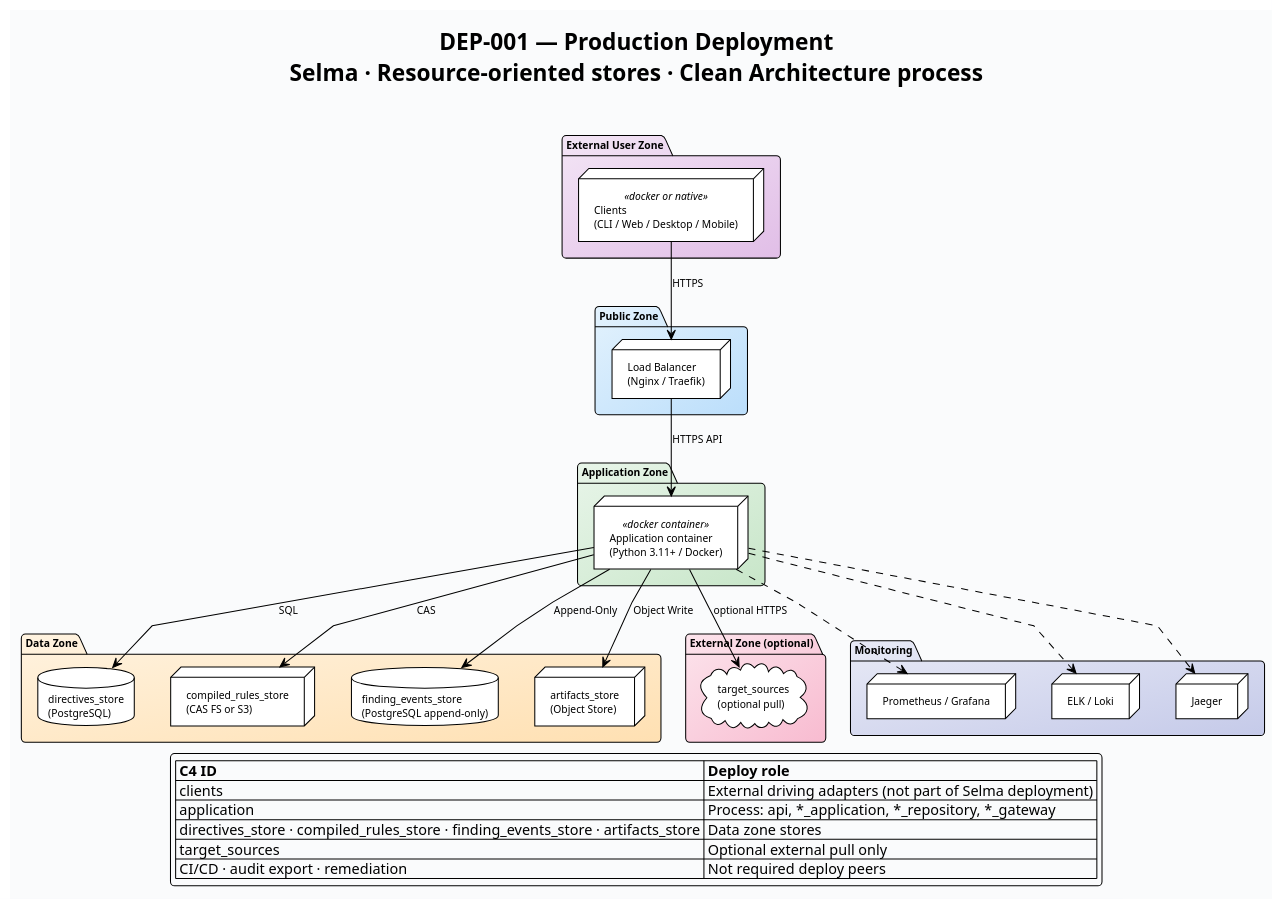
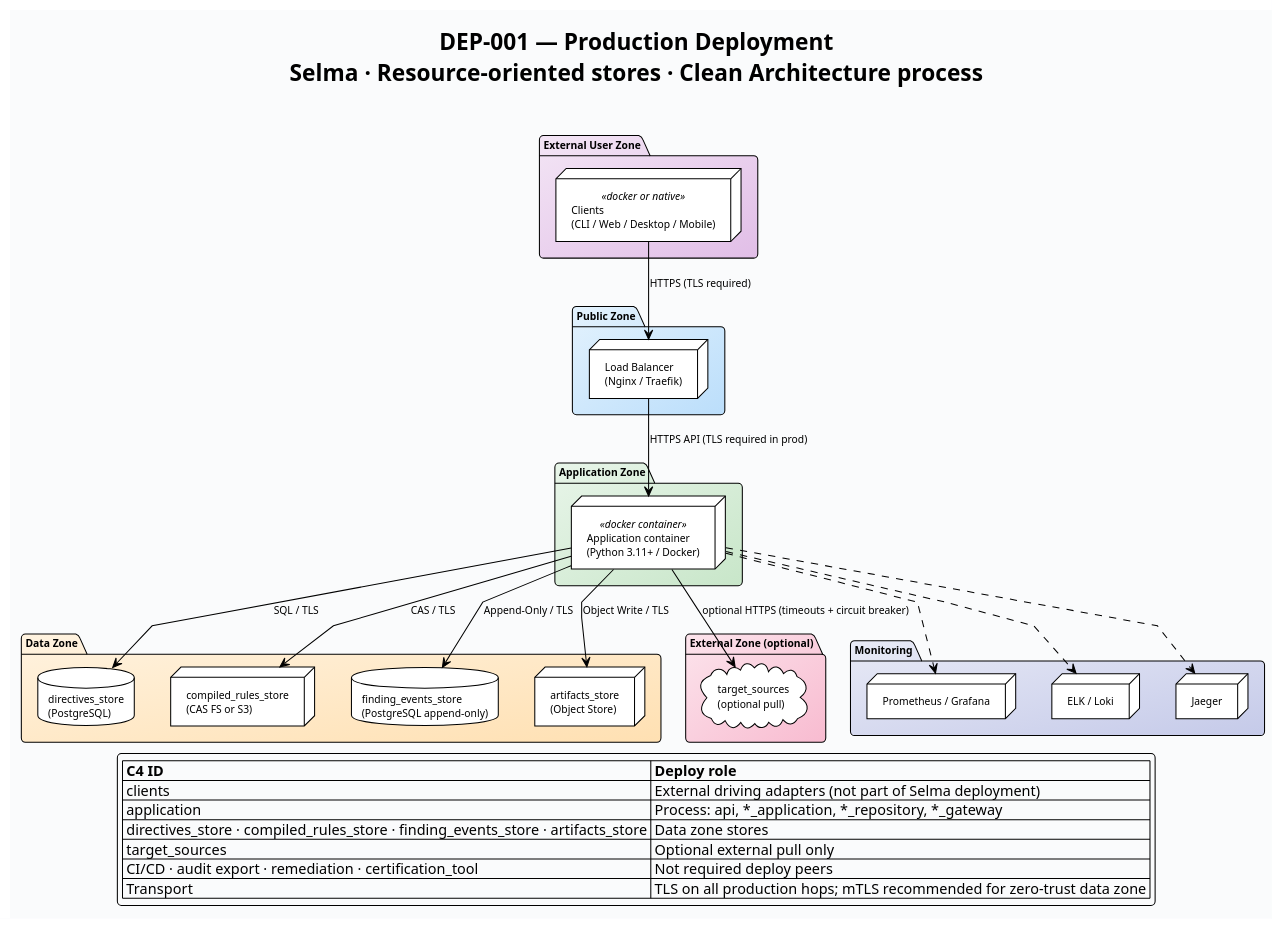
Before and after one commit to salimnamvar/selma: the diagram in docs/deployment/dep_001_production.puml, drawn with PlantUML. The commit also changed 14 other files, not shown here.

First line of the commit message:
docs: resolve architecture audit gaps in C4, package, and deployment

```diff
--- a/docs/deployment/dep_001_production.puml
+++ b/docs/deployment/dep_001_production.puml
@@ -6,63 +6,64 @@
 @startuml dep_001_production
 title **DEP-001 — Production Deployment**\nSelma · Resource-oriented stores · Clean Architecture process\n
 
 !theme plain
 skinparam linetype polyline
 skinparam defaultFontName Arial
 skinparam defaultFontSize 10
 skinparam shadowing false
 skinparam roundCorner 8
 skinparam backgroundColor #FAFBFC
 
 package "External User Zone" as USER_ZONE #F3E5F5/E1BEE7 {
     node "Clients\n(CLI / Web / Desktop / Mobile)" as CLIENTS <<docker or native>>
 }
 
 package "Public Zone" as PUBLIC_ZONE #E3F2FD/BBDEFB {
     node "Load Balancer\n(Nginx / Traefik)" as LOAD_BALANCER
 }
 
 package "Application Zone" as APP_ZONE #E8F5E9/C8E6C9 {
     node "Application container\n(Python 3.11+ / Docker)" as APP <<docker container>>
 }
 
 package "Data Zone" as DATA_ZONE #FFF3E0/FFE0B2 {
     database "directives_store\n(PostgreSQL)" as DIRECTIVES
     node "compiled_rules_store\n(CAS FS or S3)" as COMPILED
     database "finding_events_store\n(PostgreSQL append-only)" as EVENTS
     node "artifacts_store\n(Object Store)" as ARTIFACTS
 }
 
 package "External Zone (optional)" as EXT_ZONE #FCE4EC/F8BBD0 {
     cloud "target_sources\n(optional pull)" as TARGETS
 }
 
 package "Monitoring" as MON #E8EAF6/C5CAE9 {
     node "Prometheus / Grafana" as PROM
     node "ELK / Loki" as ELK
     node "Jaeger" as JAEGER
 }
 
-CLIENTS --> LOAD_BALANCER : HTTPS
-LOAD_BALANCER --> APP : HTTPS API
+CLIENTS --> LOAD_BALANCER : HTTPS (TLS required)
+LOAD_BALANCER --> APP : HTTPS API (TLS required in prod)
 
-APP --> DIRECTIVES : SQL
-APP --> COMPILED : CAS
-APP --> EVENTS : Append-Only
-APP --> ARTIFACTS : Object Write
-APP --> TARGETS : optional HTTPS
+APP --> DIRECTIVES : SQL / TLS
+APP --> COMPILED : CAS / TLS
+APP --> EVENTS : Append-Only / TLS
+APP --> ARTIFACTS : Object Write / TLS
+APP --> TARGETS : optional HTTPS (timeouts + circuit breaker)
 
 APP ..> PROM
 APP ..> ELK
 APP ..> JAEGER
 
 legend bottom
   |= C4 ID |= Deploy role |
   | clients | External driving adapters (not part of Selma deployment) |
   | application | Process: api, *_application, *_repository, *_gateway |
   | directives_store · compiled_rules_store · finding_events_store · artifacts_store | Data zone stores |
   | target_sources | Optional external pull only |
-  | CI/CD · audit export · remediation | Not required deploy peers |
+  | CI/CD · audit export · remediation · certification_tool | Not required deploy peers |
+  | Transport | TLS on all production hops; mTLS recommended for zero-trust data zone |
 endlegend
 
 @enduml
```
